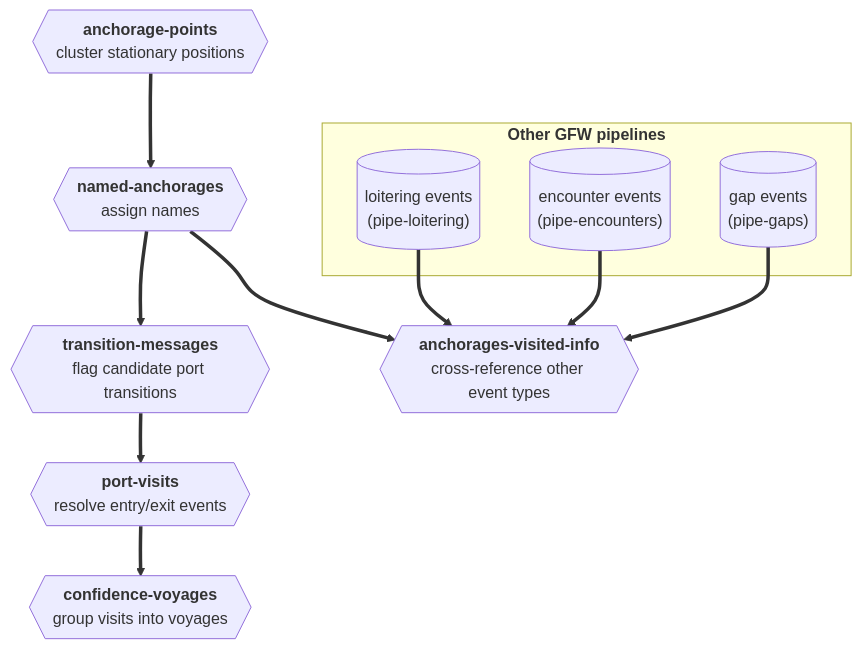
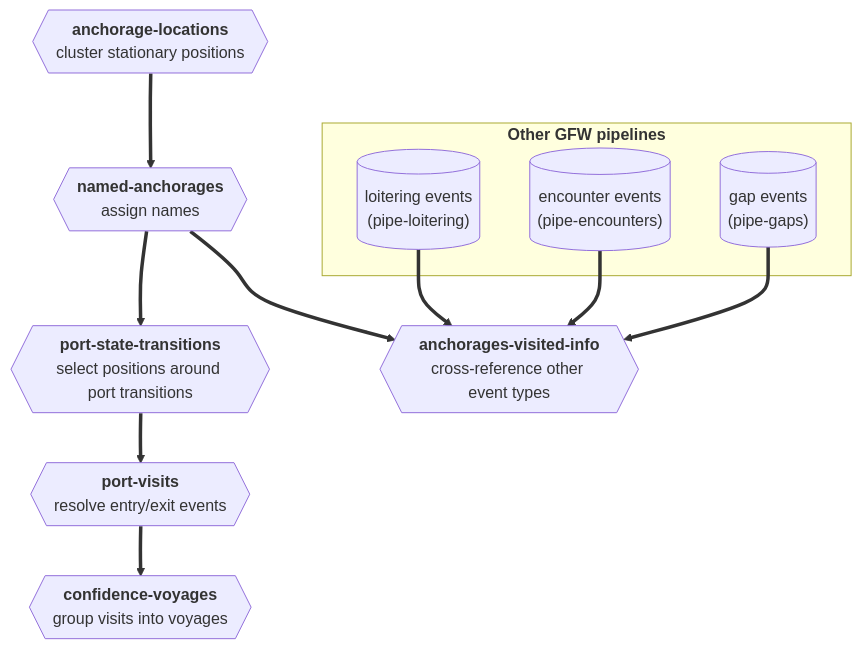
One commit to GlobalFishingWatch/pipe-anchorages changed the diagram in README.md. Above: the diagram before and after it, drawn with Mermaid. The commit also changed other lines of this file, not shown here.

First line of the commit message:
Follow port-state-transitions/anchorage-locations renames in the README, one sentence per line

````diff
--- a/README.md
+++ b/README.md
@@ -71,21 +75,21 @@
 ```mermaid
 flowchart TD
-    AP{{"<b>anchorage-points</b><br/>cluster stationary positions"}}
+    AP{{"<b>anchorage-locations</b><br/>cluster stationary positions"}}
     NA{{"<b>named-anchorages</b><br/>assign names"}}
-    TM{{"<b>transition-messages</b><br/>flag candidate port transitions"}}
+    TM{{"<b>port-state-transitions</b><br/>select positions around port transitions"}}
     PV{{"<b>port-visits</b><br/>resolve entry/exit events"}}
     CV{{"<b>confidence-voyages</b><br/>group visits into voyages"}}
     AVI{{"<b>anchorages-visited-info</b><br/>cross-reference other event types"}}
 
     subgraph OTHER["<b>Other GFW pipelines</b>"]
         LOI[("loitering events<br/>(pipe-loitering)")]
         ENC[("encounter events<br/>(pipe-encounters)")]
         GAP[("gap events<br/>(pipe-gaps)")]
     end
 
     AP ==> NA ==> TM ==> PV ==> CV
     NA ==> AVI
     LOI ==> AVI
     ENC ==> AVI
     GAP ==> AVI
 ```
````
